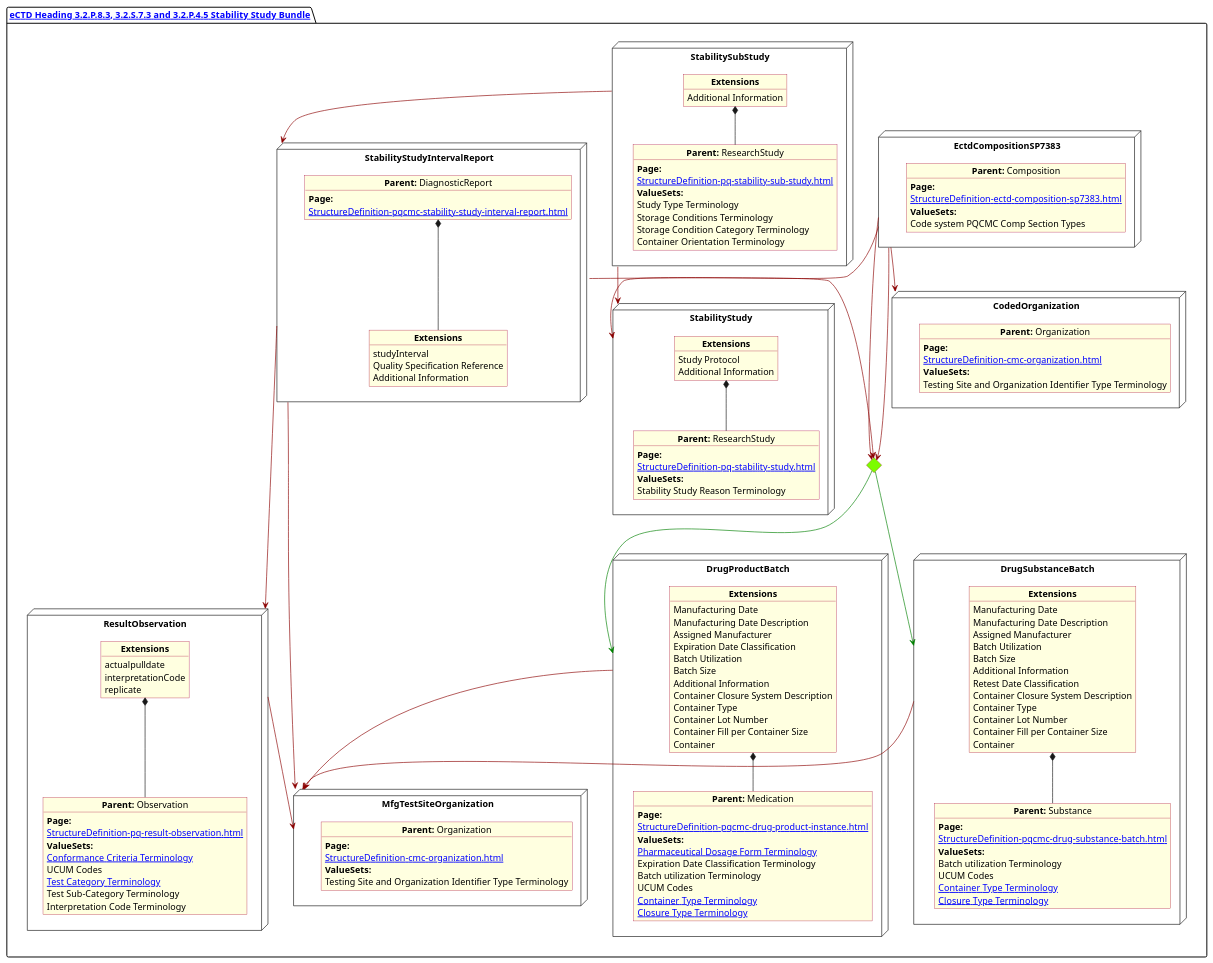
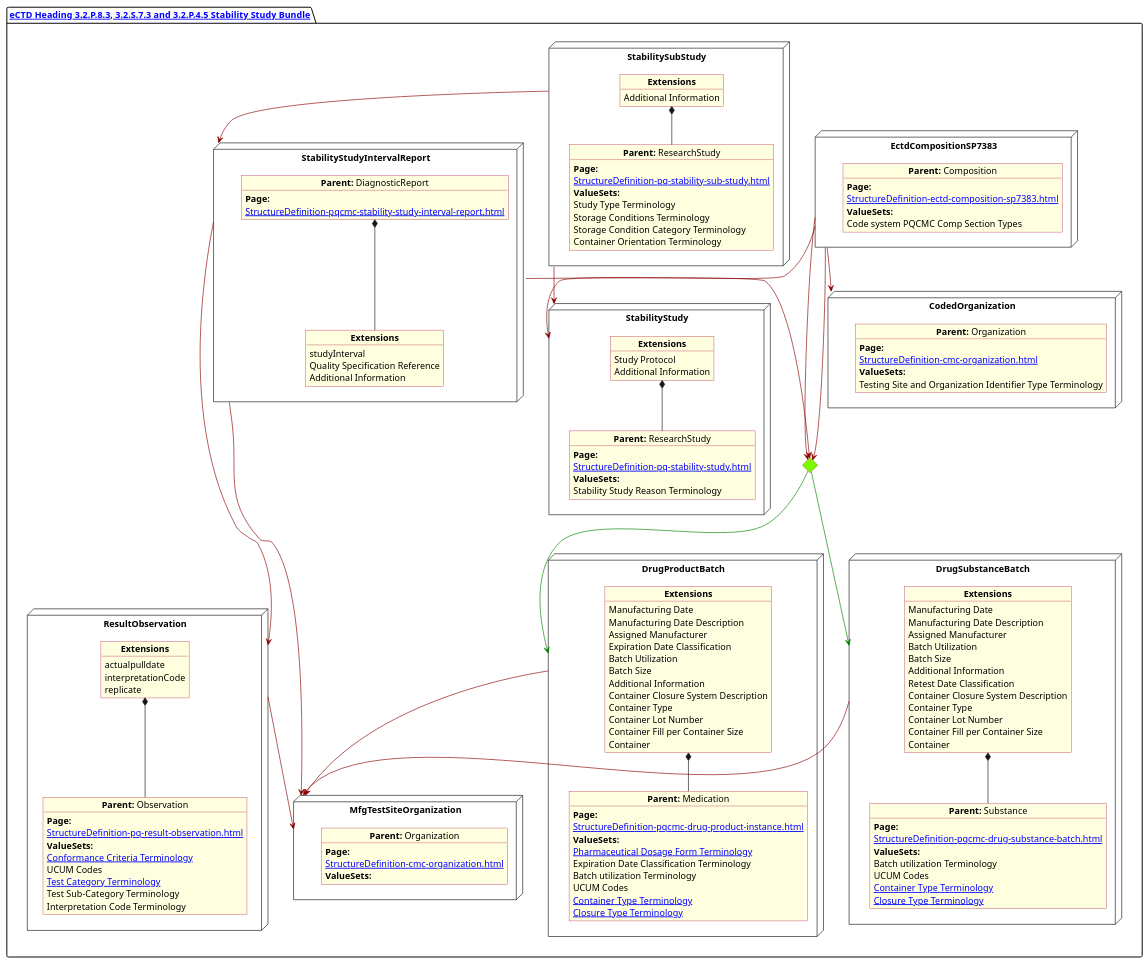
Before and after one commit to HL7/FHIR-us-pq-cmc-fda: the diagram in input/images-source/Stability.plantuml, drawn with PlantUML. The commit also changed 3 other files, not shown here.

```diff
--- a/input/images-source/Stability.plantuml
+++ b/input/images-source/Stability.plantuml
@@ -1,191 +1,191 @@
 @startuml Stability
 allowmixing
 'Mixed model of use case and object
 skinparam svgDimensionStyle true
 skinparam ObjectBackgroundColor LightYellow
 skinparam ObjectBorderColor #A80036
 skinparam activityDiamondBorderColor #A80036
 skinparam activityDiamondBackgroundColor lawnGreen
 skinparam ClassBorderThickness 4
 
 package "[[StructureDefinition-cmc-ectd-document-sp7383.html eCTD Heading 3.2.P.8.3, 3.2.S.7.3 and 3.2.P.4.5 Stability Study Bundle]]" as NODES {
 
        node "EctdCompositionSP7383" as N1 {
 
               object "**Parent:** Composition" as obj1 {
                      **Page:**
                      [[StructureDefinition-ectd-composition-sp7383.html]]
                      **ValueSets:**
                      Code system PQCMC Comp Section Types
               }
        }
        node "CodedOrganization" as NSO {
 
               object "**Parent:** Organization" as objAu {
                      **Page:**
                      [[StructureDefinition-cmc-organization.html]]
                      **ValueSets:**
                      Testing Site and Organization Identifier Type Terminology
               }
        }
 
 
        node "StabilitySubStudy" as NSub {
 
               object "**Parent:** ResearchStudy" as objSub {
                      **Page:**
                      [[StructureDefinition-pq-stability-sub-study.html]]
                      **ValueSets:**
                      Study Type Terminology
                      Storage Conditions Terminology
                      Storage Condition Category Terminology
                      Container Orientation Terminology
               }
 
               object "**Extensions**" as objExsSub  {
                      Additional Information
               }
               objExsSub *-- objSub
        }
 
 
        node "StabilityStudy" as NMain {
 
               object "**Parent:** ResearchStudy" as objMain {
                      **Page:**
                      [[StructureDefinition-pq-stability-study.html]]
                      **ValueSets:**
                      Stability Study Reason Terminology
               }
 
               object "**Extensions**" as objExsMain  {
                      Study Protocol
                      Additional Information
               }
               objExsMain *-- objMain
        }
 
        diamond CH
 
        node "DrugProductBatch" as NN {
 
               object "**Parent:** Medication" as obj3 {
                      **Page:**
                      [[StructureDefinition-pqcmc-drug-product-instance.html]]
                      **ValueSets:**
                      [[ValueSet-spl-pharmaceutical-dosage-form-terminology.html Pharmaceutical Dosage Form Terminology]]
                      Expiration Date Classification Terminology
                      Batch utilization Terminology
                     UCUM Codes
                      [[ValueSet-pqcmc-container-type-terminology.html Container Type Terminology]]
                      [[ValueSet-pqcmc-closure-type-terminology.html Closure Type Terminology]]
               }
 
               object "**Extensions**" as objExsBatch  {
                      Manufacturing Date
                      Manufacturing Date Description
                      Assigned Manufacturer
                      Expiration Date Classification
                      Batch Utilization
                      Batch Size
                      Additional Information
                      Container Closure System Description
                      Container Type
                      Container Lot Number
                      Container Fill per Container Size
                      Container
               }
               objExsBatch *-- obj3
        }
        node "DrugSubstanceBatch" as NNS {
 
               object "**Parent:** Substance" as obj4 {
                      **Page:**
                      [[StructureDefinition-pqcmc-drug-substance-batch.html]]
                      **ValueSets:**
                      Batch utilization Terminology
                     UCUM Codes
                      [[ValueSet-pqcmc-container-type-terminology.html Container Type Terminology]]
                      [[ValueSet-pqcmc-closure-type-terminology.html Closure Type Terminology]]
               }
               object "**Extensions**" as objExs2 {
                      Manufacturing Date
                      Manufacturing Date Description
                      Assigned Manufacturer
                      Batch Utilization
                      Batch Size
                      Additional Information
                      Retest Date Classification
                      Container Closure System Description
                      Container Type
                      Container Lot Number
                      Container Fill per Container Size
                      Container
               }
 
               objExs2 *-- obj4
        }
        node "StabilityStudyIntervalReport" as Ninterval {
 
               object "**Parent:** DiagnosticReport" as objinterval {
                      **Page:**
                      [[StructureDefinition-pqcmc-stability-study-interval-report.html]]
               }
               object "**Extensions**" as objIntEx {
                      studyInterval
                      Quality Specification Reference
                      Additional Information
               }
               objinterval *-- objIntEx
        }
 
 
 
        node "MfgTestSiteOrganization" as NMFG {
 
               object "**Parent:** Organization" as objDP {
                      **Page:**
                      [[StructureDefinition-cmc-organization.html]]
                      **ValueSets:**
-                     Testing Site and Organization Identifier Type Terminology
+                     
               }
        }
 
 
        node "ResultObservation" as NNOBS {
 
               object "**Parent:** Observation" as observ3 {
                      **Page:**
                      [[StructureDefinition-pq-result-observation.html]]
                      **ValueSets:**
                      [[ValueSet-pqcmc-conformance-to-criteria-terminology.html Conformance Criteria Terminology]]
                     UCUM Codes
                      [[ValueSet-pqcmc-test-category-terminology.html Test Category Terminology]]
                      Test Sub-Category Terminology
                      Interpretation Code Terminology
               }
               object "**Extensions**" as objExsObserv  {
                      actualpulldate
                      interpretationCode
                      replicate
               }
               objExsObserv *-- observ3
        }
 
 
        CH -[#green]--> NN
        CH -[#green]--> NNS
        N1 -[#darkred]--> CH
        N1 -[#darkred]--> CH
        N1 -[#darkred]-> NSO
        NN -[#darkred]-> NMFG
        NNOBS -[#darkred]-> NMFG
        NNS -[#darkred]-> NMFG
        NSub -[#darkred]-> Ninterval
        N1 -[#darkred]-> NMain
        NSub -[#darkred]--> NMain
        Ninterval -[#darkred]--> CH
        Ninterval -[#darkred]--> NMFG
        Ninterval -[#darkred]--> NNOBS
 }
 @enduml
```
